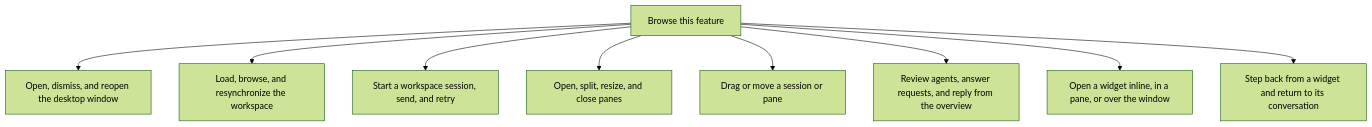
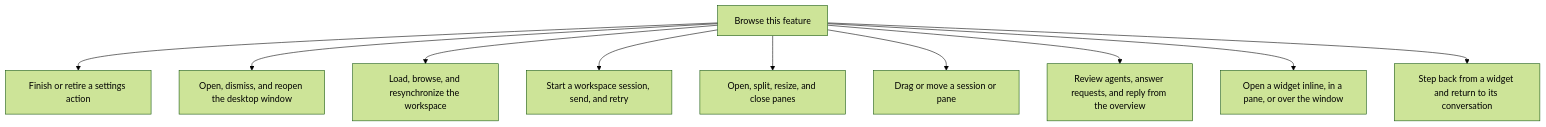
The diagram in docs/state/services/desktop/workspace/README.md (nessalabs/nessa-agent), drawn with Mermaid (forest theme) before and after one commit. The commit also changed other lines of this file and 13 other files, not shown here.

Commit message:
docs: map settings action lifetimes and retain bounded verification evidence (#1087)

````diff
--- a/docs/state/services/desktop/workspace/README.md
+++ b/docs/state/services/desktop/workspace/README.md
@@ -49,20 +50,22 @@
 ```mermaid
 flowchart TB
     Feature["Browse this feature"]
+    SettingsActions["Finish or retire a settings action"]
+    Feature --> SettingsActions
     F0["Open, dismiss, and reopen the desktop window"]
     Feature --> F0
     F1["Load, browse, and resynchronize the workspace"]
     Feature --> F1
     F2["Start a workspace session, send, and retry"]
     Feature --> F2
     F3["Open, split, resize, and close panes"]
     Feature --> F3
     F4["Drag or move a session or pane"]
     Feature --> F4
     F5["Review agents, answer requests, and reply from the overview"]
     Feature --> F5
     F6["Open a widget inline, in a pane, or over the window"]
     Feature --> F6
     F7["Step back from a widget and return to its conversation"]
     Feature --> F7
 ```
````
